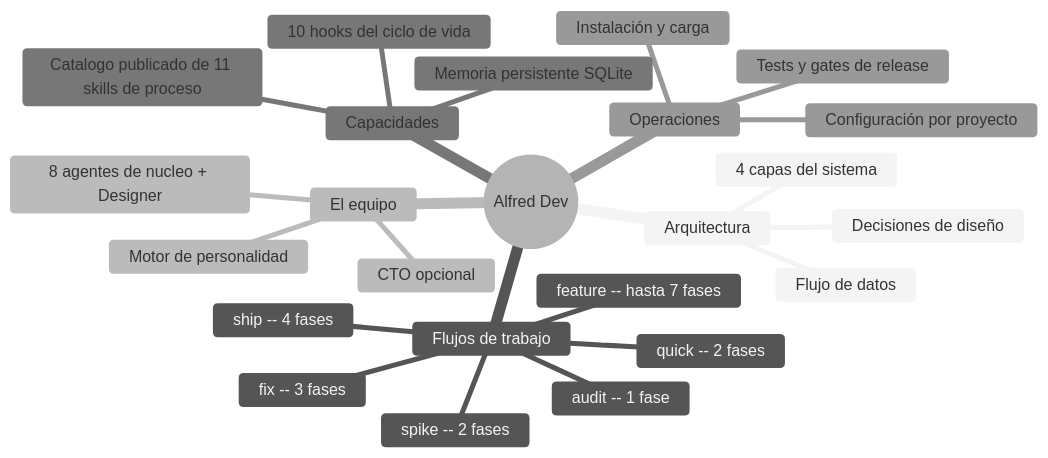
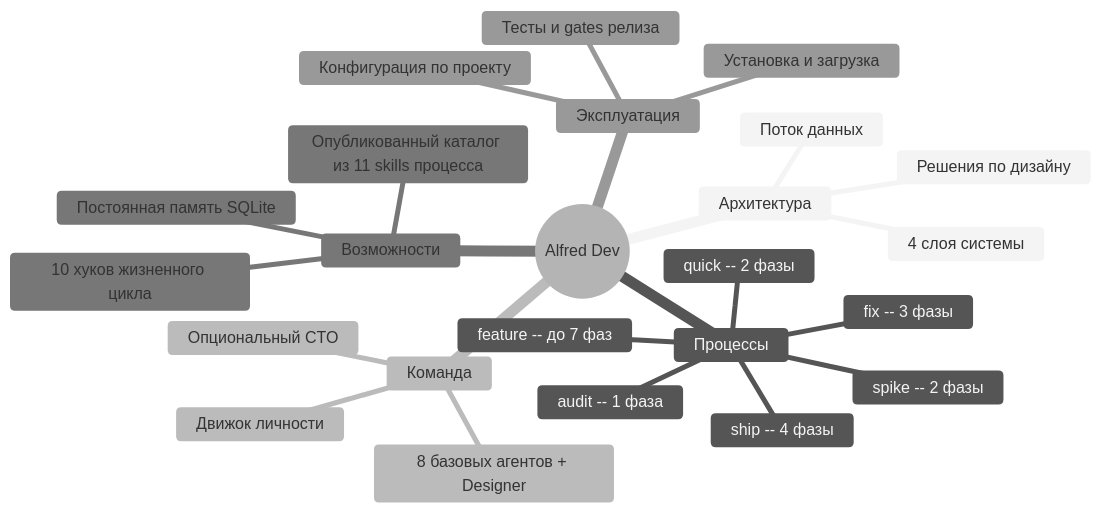
One commit to grigoriev/alfred-dev changed the diagram in docs/README.md. Above: the diagram before and after it, drawn with Mermaid (neutral theme). The commit also changed other lines of this file and 119 other files, not shown here.

````diff
--- a/docs/README.md
+++ b/docs/README.md
@@ -17,27 +17,27 @@
 ```mermaid
 mindmap
   root((Alfred Dev))
-    Arquitectura
-      4 capas del sistema
-      Decisiones de diseño
-      Flujo de datos
-    Flujos de trabajo
-      feature -- hasta 7 fases
-      fix -- 3 fases
-      spike -- 2 fases
-      ship -- 4 fases
-      audit -- 1 fase
-      quick -- 2 fases
-    El equipo
-      8 agentes de nucleo + Designer
-      CTO opcional
-      Motor de personalidad
-    Capacidades
-      Catalogo publicado de 11 skills de proceso
-      10 hooks del ciclo de vida
-      Memoria persistente SQLite
-    Operaciones
-      Instalación y carga
-      Configuración por proyecto
-      Tests y gates de release
+    Архитектура
+      4 слоя системы
+      Решения по дизайну
+      Поток данных
+    Процессы
+      feature -- до 7 фаз
+      fix -- 3 фазы
+      spike -- 2 фазы
+      ship -- 4 фазы
+      audit -- 1 фаза
+      quick -- 2 фазы
+    Команда
+      8 базовых агентов + Designer
+      Опциональный CTO
+      Движок личности
+    Возможности
+      Опубликованный каталог из 11 skills процесса
+      10 хуков жизненного цикла
+      Постоянная память SQLite
+    Эксплуатация
+      Установка и загрузка
+      Конфигурация по проекту
+      Тесты и gates релиза
 ```
````
